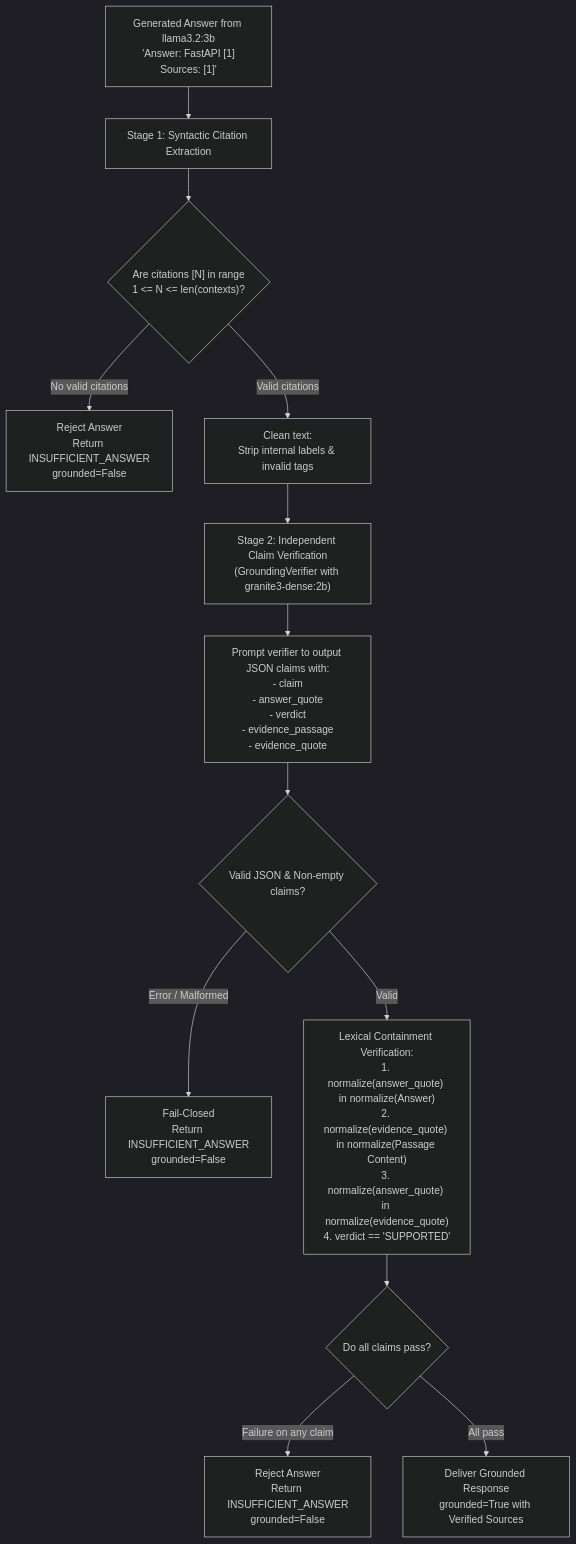
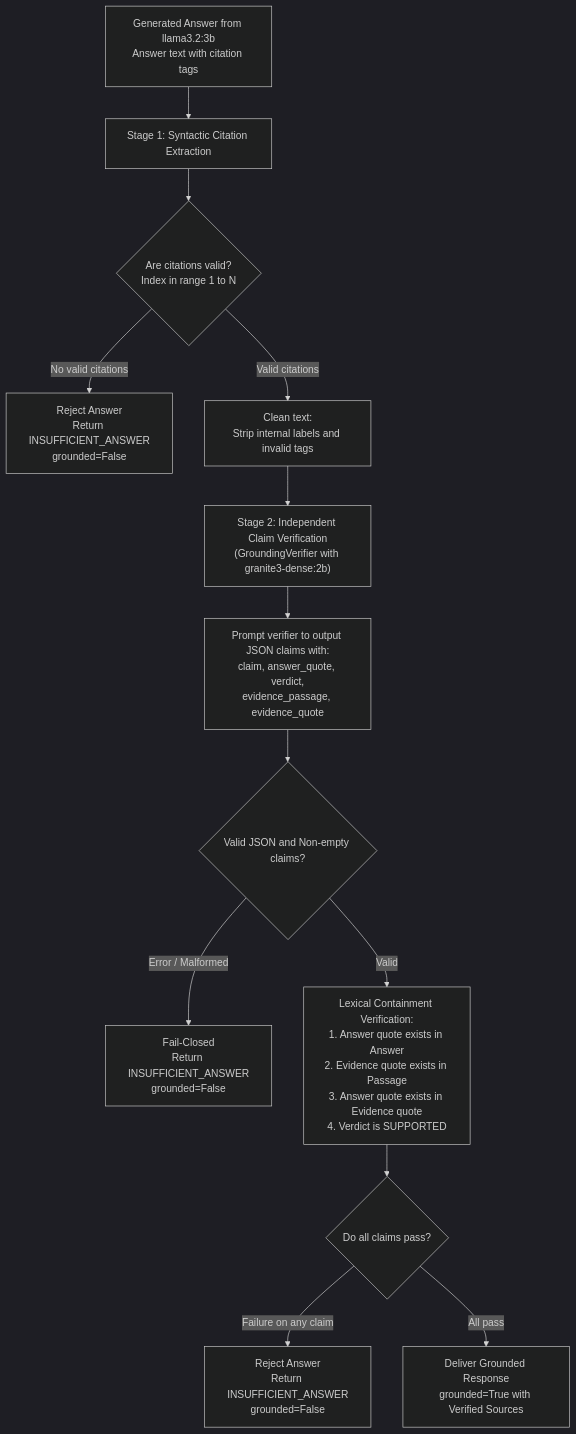
One commit to devansharya-dev/RAG changed the eighth of 8 diagrams in README.md. Above: the diagram before and after it, drawn with Mermaid (dark theme). The commit also changed other lines of this file, not shown here.

````diff
--- a/README.md
+++ b/README.md
@@ -1009,19 +1012,19 @@
 ```mermaid
 flowchart TD
-    RawAnswer["Generated Answer from llama3.2:3b\n'Answer: FastAPI [1]\nSources: [1]'"] --> Stage1["Stage 1: Syntactic Citation Extraction"]
+    RawAnswer["Generated Answer from llama3.2:3b<br/>Answer text with citation tags"] --> Stage1["Stage 1: Syntactic Citation Extraction"]
     
-    Stage1 --> CitationRange{"Are citations [N] in range\n1 <= N <= len(contexts)?"}
-    CitationRange -- No valid citations --> Abstain1["Reject Answer\nReturn INSUFFICIENT_ANSWER\ngrounded=False"]
-    CitationRange -- Valid citations --> CleanText["Clean text:\nStrip internal labels & invalid tags"]
+    Stage1 --> CitationRange{"Are citations valid?<br/>Index in range 1 to N"}
+    CitationRange -- "No valid citations" --> Abstain1["Reject Answer<br/>Return INSUFFICIENT_ANSWER<br/>grounded=False"]
+    CitationRange -- "Valid citations" --> CleanText["Clean text:<br/>Strip internal labels and invalid tags"]
 
-    CleanText --> Stage2["Stage 2: Independent Claim Verification\n(GroundingVerifier with granite3-dense:2b)"]
-    Stage2 --> ModelJSON["Prompt verifier to output JSON claims with:\n- claim\n- answer_quote\n- verdict\n- evidence_passage\n- evidence_quote"]
+    CleanText --> Stage2["Stage 2: Independent Claim Verification<br/>(GroundingVerifier with granite3-dense:2b)"]
+    Stage2 --> ModelJSON["Prompt verifier to output JSON claims with:<br/>claim, answer_quote, verdict,<br/>evidence_passage, evidence_quote"]
 
-    ModelJSON --> ParseJSON{Valid JSON & Non-empty claims?}
-    ParseJSON -- Error / Malformed --> Abstain2["Fail-Closed\nReturn INSUFFICIENT_ANSWER\ngrounded=False"]
-    ParseJSON -- Valid --> LexicalCheck["Lexical Containment Verification:<br/>1. normalize(answer_quote) in normalize(Answer)<br/>2. normalize(evidence_quote) in normalize(Passage Content)<br/>3. normalize(answer_quote) in normalize(evidence_quote)<br/>4. verdict == 'SUPPORTED'"]
+    ModelJSON --> ParseJSON{"Valid JSON and Non-empty claims?"}
+    ParseJSON -- "Error / Malformed" --> Abstain2["Fail-Closed<br/>Return INSUFFICIENT_ANSWER<br/>grounded=False"]
+    ParseJSON -- "Valid" --> LexicalCheck["Lexical Containment Verification:<br/>1. Answer quote exists in Answer<br/>2. Evidence quote exists in Passage<br/>3. Answer quote exists in Evidence quote<br/>4. Verdict is SUPPORTED"]
 
-    LexicalCheck --> VerdictCheck{Do all claims pass?}
-    VerdictCheck -- Failure on any claim --> Abstain3["Reject Answer\nReturn INSUFFICIENT_ANSWER\ngrounded=False"]
-    VerdictCheck -- All pass --> Deliver["Deliver Grounded Response\ngrounded=True with Verified Sources"]
+    LexicalCheck --> VerdictCheck{"Do all claims pass?"}
+    VerdictCheck -- "Failure on any claim" --> Abstain3["Reject Answer<br/>Return INSUFFICIENT_ANSWER<br/>grounded=False"]
+    VerdictCheck -- "All pass" --> Deliver["Deliver Grounded Response<br/>grounded=True with Verified Sources"]
 ```
````
